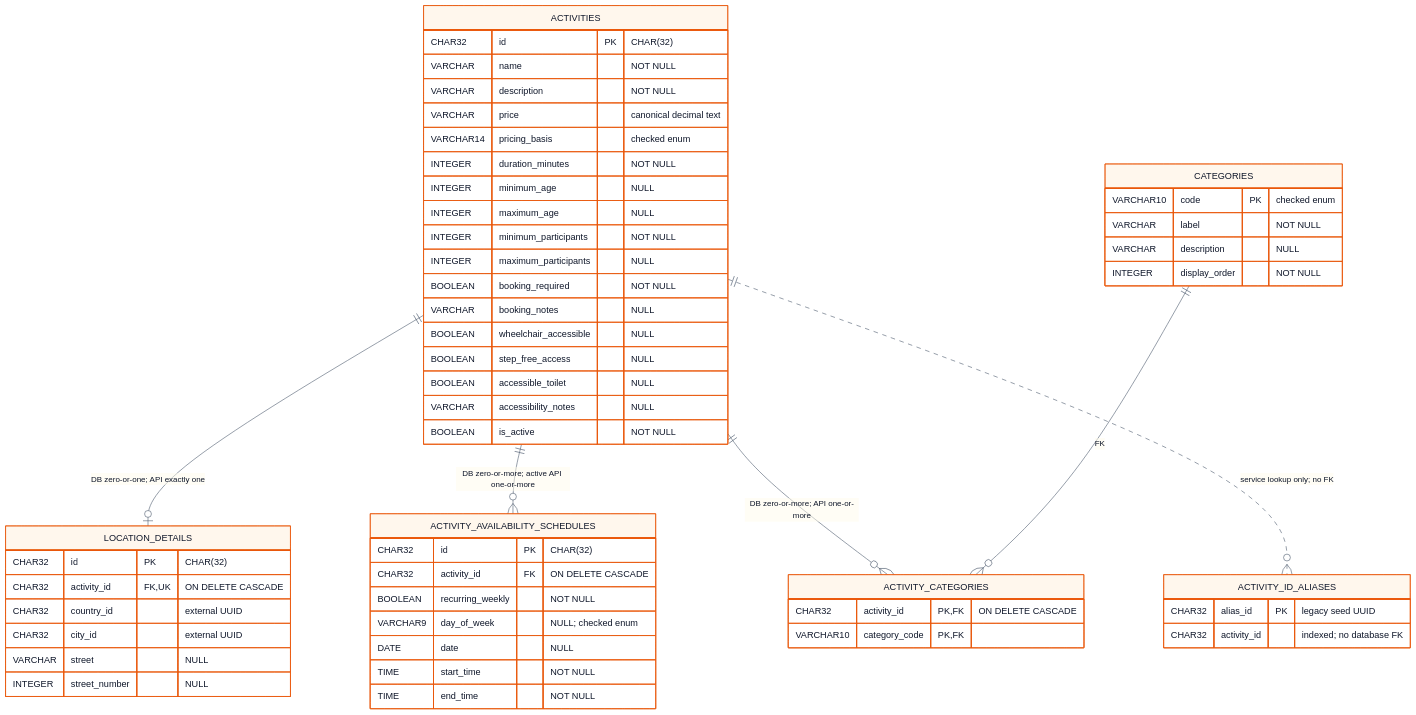
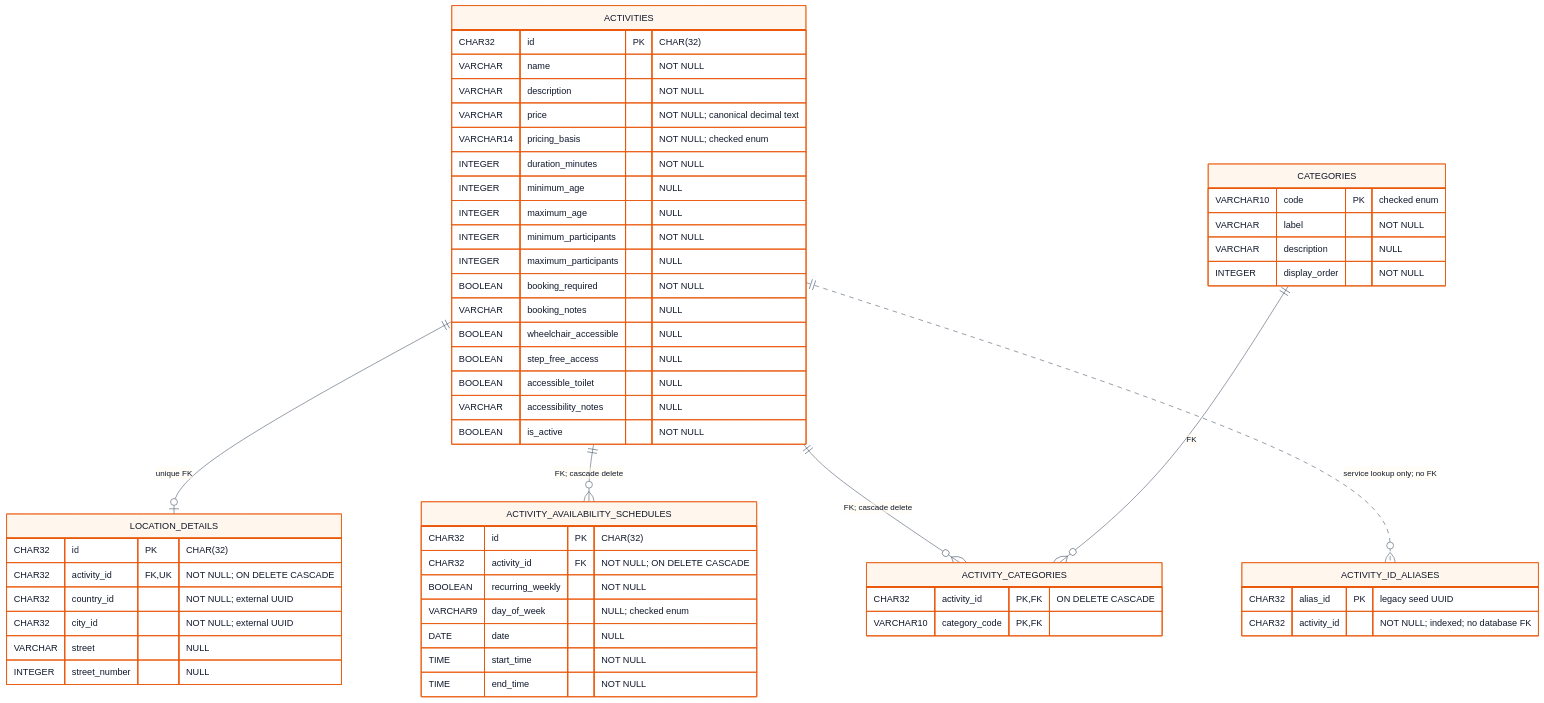
The diagram in docs/reports/release-0/Student4/DataDesign/physical.md (JulianKirk/TripGenie), drawn with Mermaid before and after one commit. The commit also changed 3 other files, not shown here.

Commit message:
docs: correct Student 4 ERD semantics

````diff
--- a/docs/reports/release-0/Student4/DataDesign/physical.md
+++ b/docs/reports/release-0/Student4/DataDesign/physical.md
@@ -15,65 +15,65 @@
 ```mermaid
 %%{init: {"theme":"base","themeVariables":{"fontFamily":"Inter, ui-sans-serif, system-ui, sans-serif","primaryColor":"#fff7ed","primaryTextColor":"#0f172a","primaryBorderColor":"#ea580c","lineColor":"#475569","tertiaryColor":"#fffbeb"}}}%%
 erDiagram
-    ACTIVITIES ||--o| LOCATION_DETAILS : "DB zero-or-one; API exactly one"
-    ACTIVITIES ||--o{ ACTIVITY_AVAILABILITY_SCHEDULES : "DB zero-or-more; active API one-or-more"
-    ACTIVITIES ||--o{ ACTIVITY_CATEGORIES : "DB zero-or-more; API one-or-more"
+    ACTIVITIES ||--o| LOCATION_DETAILS : "unique FK"
+    ACTIVITIES ||--o{ ACTIVITY_AVAILABILITY_SCHEDULES : "FK; cascade delete"
+    ACTIVITIES ||--o{ ACTIVITY_CATEGORIES : "FK; cascade delete"
     CATEGORIES ||--o{ ACTIVITY_CATEGORIES : "FK"
     ACTIVITIES ||..o{ ACTIVITY_ID_ALIASES : "service lookup only; no FK"
 
     ACTIVITIES {
         CHAR32 id PK "CHAR(32)"
         VARCHAR name "NOT NULL"
         VARCHAR description "NOT NULL"
-        VARCHAR price "canonical decimal text"
-        VARCHAR14 pricing_basis "checked enum"
+        VARCHAR price "NOT NULL; canonical decimal text"
+        VARCHAR14 pricing_basis "NOT NULL; checked enum"
         INTEGER duration_minutes "NOT NULL"
         INTEGER minimum_age "NULL"
         INTEGER maximum_age "NULL"
         INTEGER minimum_participants "NOT NULL"
         INTEGER maximum_participants "NULL"
         BOOLEAN booking_required "NOT NULL"
         VARCHAR booking_notes "NULL"
         BOOLEAN wheelchair_accessible "NULL"
         BOOLEAN step_free_access "NULL"
         BOOLEAN accessible_toilet "NULL"
         VARCHAR accessibility_notes "NULL"
         BOOLEAN is_active "NOT NULL"
     }
 
     LOCATION_DETAILS {
         CHAR32 id PK "CHAR(32)"
-        CHAR32 activity_id FK,UK "ON DELETE CASCADE"
-        CHAR32 country_id "external UUID"
-        CHAR32 city_id "external UUID"
+        CHAR32 activity_id FK,UK "NOT NULL; ON DELETE CASCADE"
+        CHAR32 country_id "NOT NULL; external UUID"
+        CHAR32 city_id "NOT NULL; external UUID"
         VARCHAR street "NULL"
         INTEGER street_number "NULL"
     }
 
     CATEGORIES {
         VARCHAR10 code PK "checked enum"
         VARCHAR label "NOT NULL"
         VARCHAR description "NULL"
         INTEGER display_order "NOT NULL"
     }
 
     ACTIVITY_CATEGORIES {
         CHAR32 activity_id PK,FK "ON DELETE CASCADE"
         VARCHAR10 category_code PK,FK
     }
 
     ACTIVITY_AVAILABILITY_SCHEDULES {
         CHAR32 id PK "CHAR(32)"
-        CHAR32 activity_id FK "ON DELETE CASCADE"
+        CHAR32 activity_id FK "NOT NULL; ON DELETE CASCADE"
         BOOLEAN recurring_weekly "NOT NULL"
         VARCHAR9 day_of_week "NULL; checked enum"
         DATE date "NULL"
         TIME start_time "NOT NULL"
         TIME end_time "NOT NULL"
     }
 
     ACTIVITY_ID_ALIASES {
         CHAR32 alias_id PK "legacy seed UUID"
-        CHAR32 activity_id "indexed; no database FK"
+        CHAR32 activity_id "NOT NULL; indexed; no database FK"
     }
 ```
````
